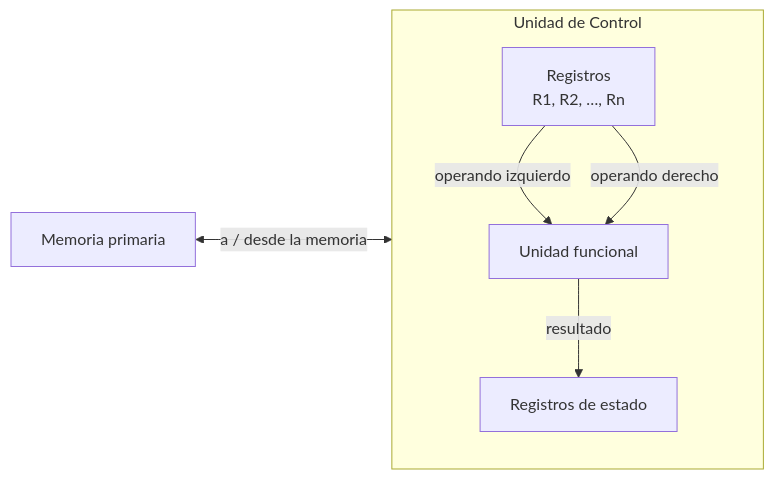
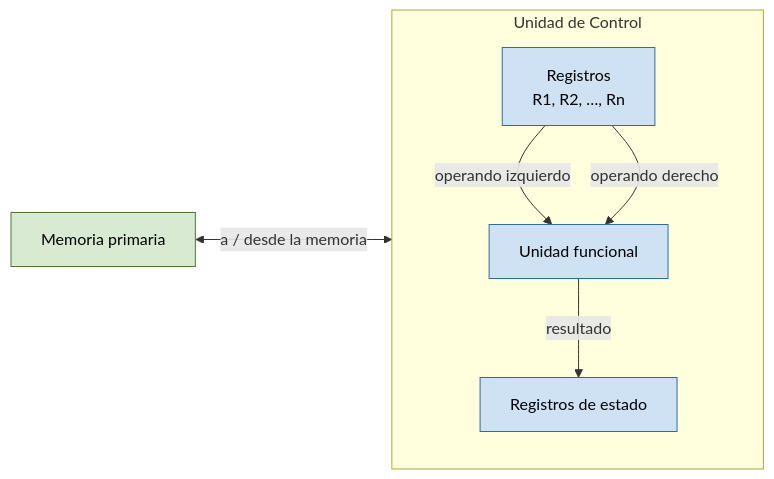
The second of 6 diagrams in TEORIA/01-introduccion-a-los-sistemas-operativos/README.md (asiermarzo/ssoo), drawn with Mermaid before and after one commit. The commit also changed other lines of this file and 25 other files, not shown here.

Commit message:
refinado de diagramas mermaid y svg

````diff
--- a/TEORIA/01-introduccion-a-los-sistemas-operativos/README.md
+++ b/TEORIA/01-introduccion-a-los-sistemas-operativos/README.md
@@ -97,14 +131,19 @@
 ```mermaid
 flowchart LR
     MP["Memoria primaria"]
     subgraph CU["Unidad de Control"]
         direction TB
         REG["Registros<br/>R1, R2, …, Rn"]
         UF["Unidad funcional"]
         RE["Registros de estado"]
     end
     MP <-->|"a / desde la memoria"| REG
     REG -->|"operando izquierdo"| UF
     REG -->|"operando derecho"| UF
     UF -->|"resultado"| RE
+
+    classDef memoria fill:#d9ead3,stroke:#4d7a33,color:#000;
+    classDef cpu fill:#cfe2f3,stroke:#2b6f99,color:#000;
+    class MP memoria;
+    class REG,UF,RE cpu;
 ```
````
